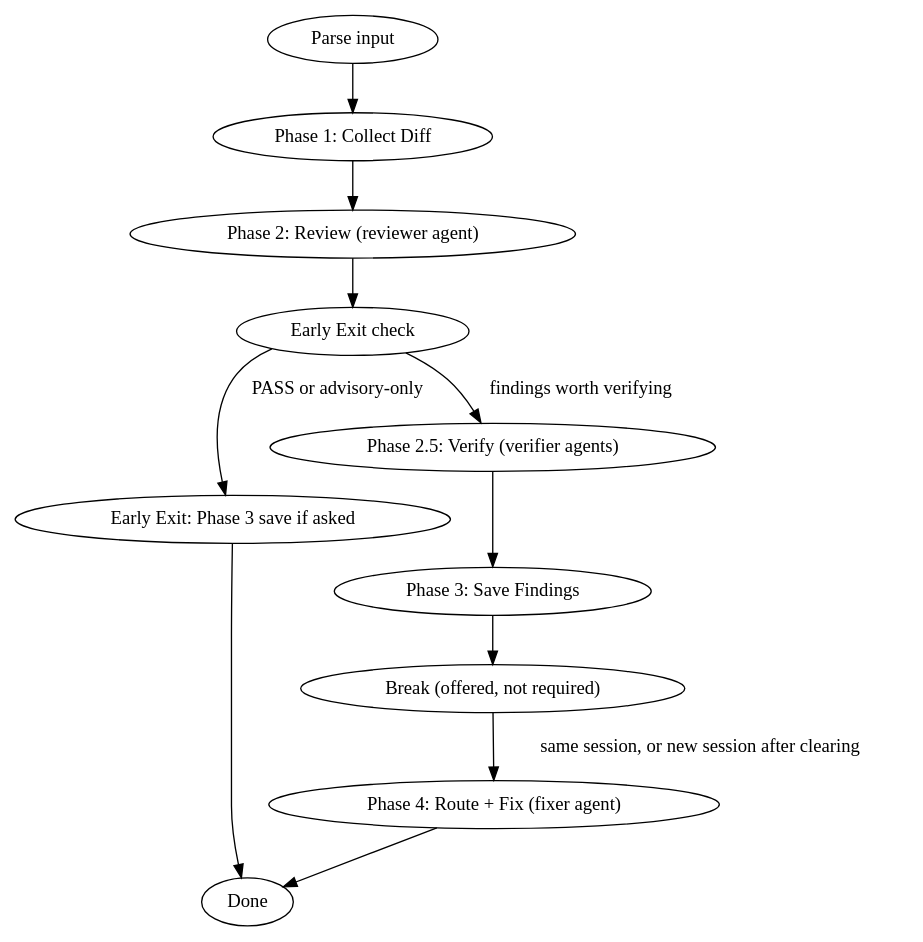
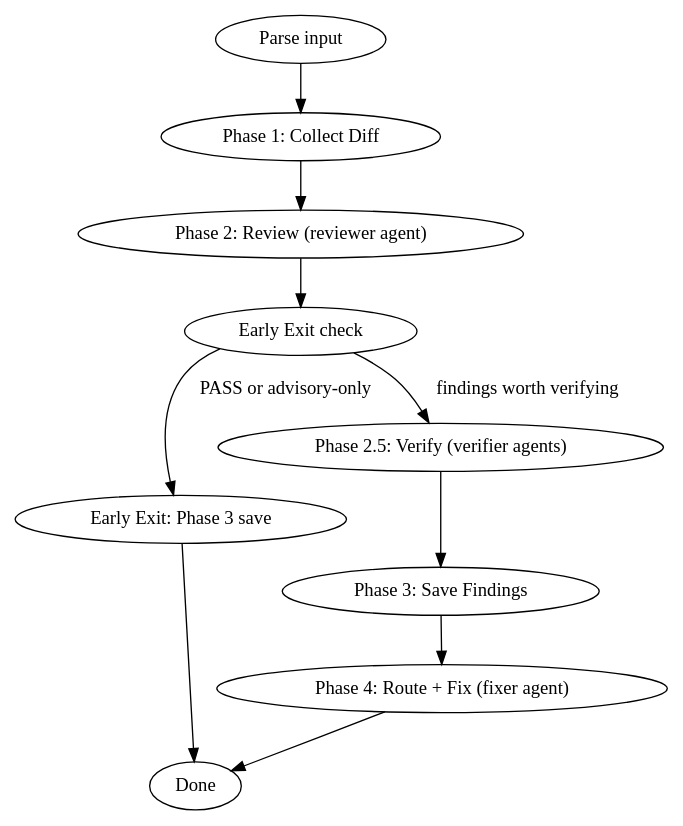
One commit to jane-ry-shiu/claude-code-kit changed the diagram in skills/review-workflow/references/local-branch.md. Above: the diagram before and after it, drawn with Graphviz. The commit also changed other lines of this file, not shown here.

````diff
--- a/skills/review-workflow/references/local-branch.md
+++ b/skills/review-workflow/references/local-branch.md
@@ -20,14 +20,13 @@
 ```dot
 digraph branch_review {
     "Parse input" -> "Phase 1: Collect Diff";
     "Phase 1: Collect Diff" -> "Phase 2: Review (reviewer agent)";
     "Phase 2: Review (reviewer agent)" -> "Early Exit check";
-    "Early Exit check" -> "Early Exit: Phase 3 save if asked" [label="PASS or advisory-only"];
-    "Early Exit: Phase 3 save if asked" -> "Done";
+    "Early Exit check" -> "Early Exit: Phase 3 save" [label="PASS or advisory-only"];
+    "Early Exit: Phase 3 save" -> "Done";
     "Early Exit check" -> "Phase 2.5: Verify (verifier agents)" [label="findings worth verifying"];
     "Phase 2.5: Verify (verifier agents)" -> "Phase 3: Save Findings";
-    "Phase 3: Save Findings" -> "Break (offered, not required)";
-    "Break (offered, not required)" -> "Phase 4: Route + Fix (fixer agent)" [label="same session, or new session after clearing"];
+    "Phase 3: Save Findings" -> "Phase 4: Route + Fix (fixer agent)";
     "Phase 4: Route + Fix (fixer agent)" -> "Done";
 }
 ```
````
